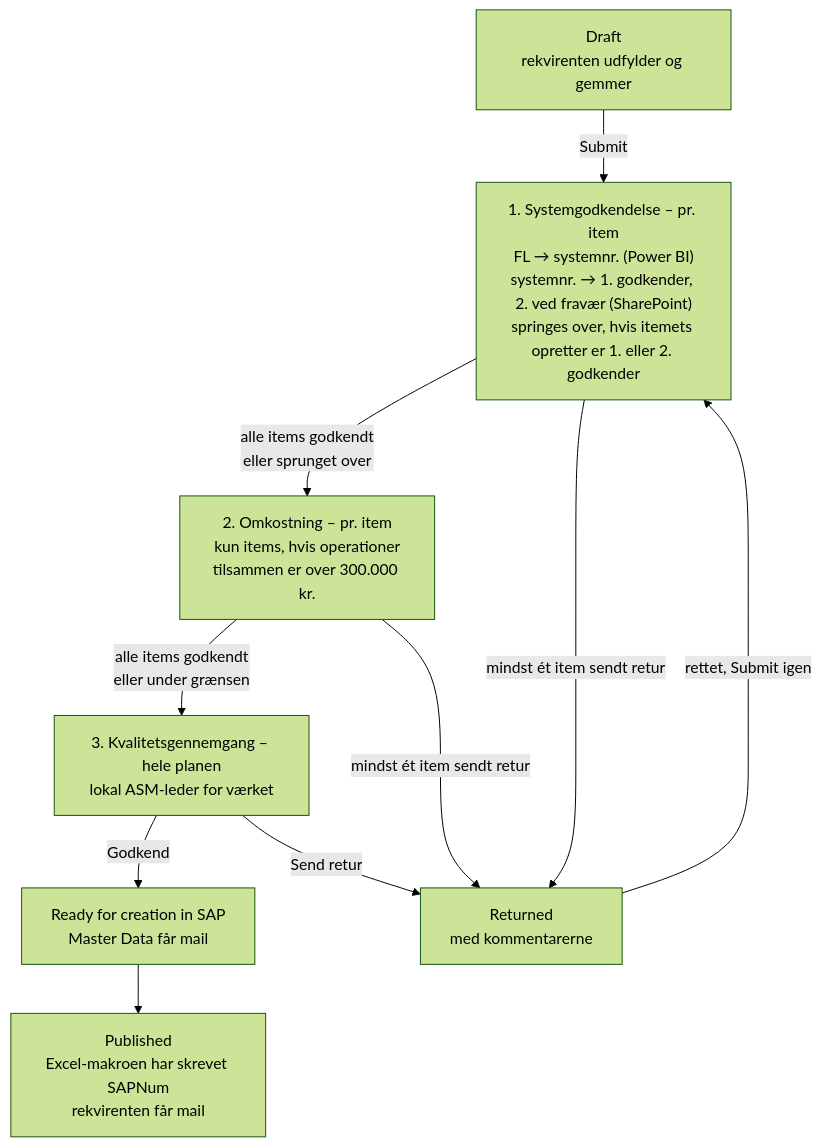
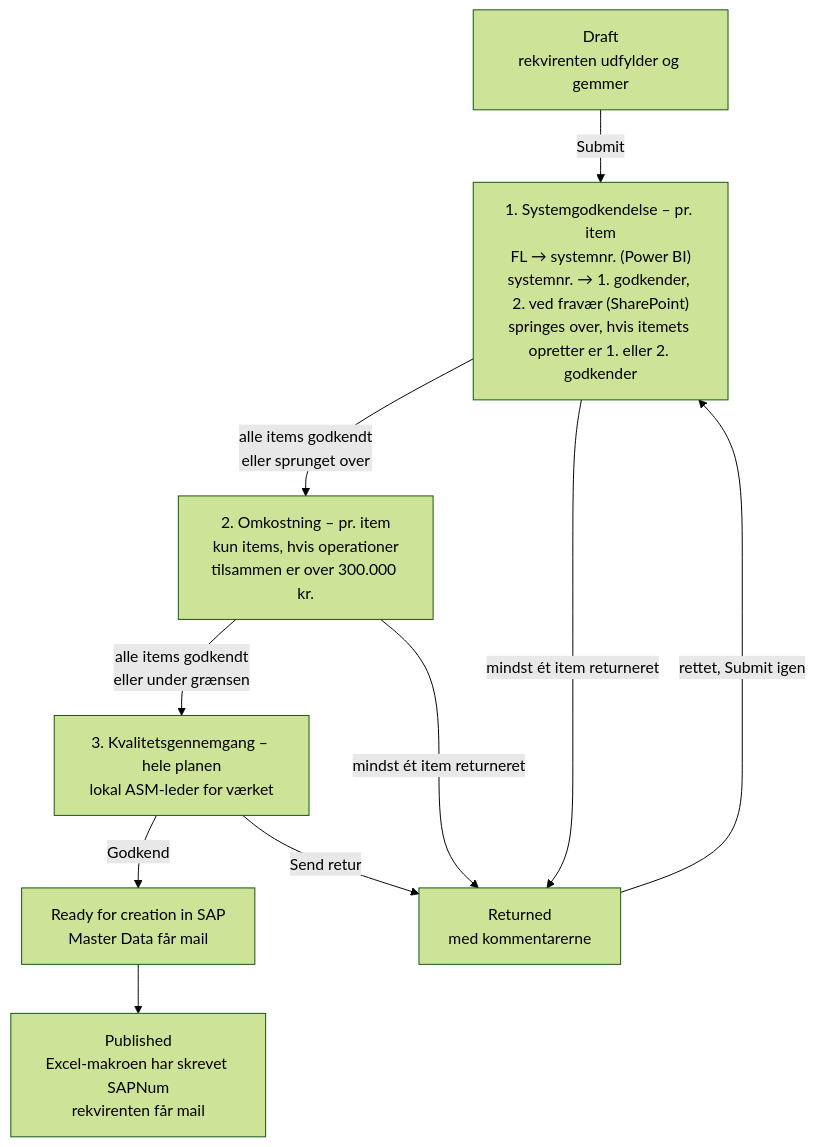
One commit to PeterBjerre/Canvas_apps changed the diagram in docs/32-godkendelsesflow.md. Above: the diagram before and after it, drawn with Mermaid (forest theme). The commit also changed other lines of this file and 4 other files, not shown here.

First line of the commit message:
R2-053: mail-docs i takt med flowene (beslutning b: flowet er kilden)

````diff
--- a/docs/32-godkendelsesflow.md
+++ b/docs/32-godkendelsesflow.md
@@ -57,20 +57,20 @@
 ```mermaid
 flowchart TD
   D["Draft<br/>rekvirenten udfylder og gemmer"]
   S["1. Systemgodkendelse – pr. item<br/>FL → systemnr. (Power BI)<br/>systemnr. → 1. godkender, 2. ved fravær (SharePoint)<br/>springes over, hvis itemets opretter er 1. eller 2. godkender"]
   C["2. Omkostning – pr. item<br/>kun items, hvis operationer<br/>tilsammen er over 300.000 kr."]
   Q["3. Kvalitetsgennemgang – hele planen<br/>lokal ASM-leder for værket"]
   RT["Returned<br/>med kommentarerne"]
   RS["Ready for creation in SAP<br/>Master Data får mail"]
   PB["Published<br/>Excel-makroen har skrevet SAPNum<br/>rekvirenten får mail"]
 
   D -- "Submit" --> S
   S -- "alle items godkendt<br/>eller sprunget over" --> C
   C -- "alle items godkendt<br/>eller under grænsen" --> Q
   Q -- "Godkend" --> RS
   RS --> PB
-  S -- "mindst ét item sendt retur" --> RT
-  C -- "mindst ét item sendt retur" --> RT
+  S -- "mindst ét item returneret" --> RT
+  C -- "mindst ét item returneret" --> RT
   Q -- "Send retur" --> RT
   RT -- "rettet, Submit igen" --> S
 ```
````
